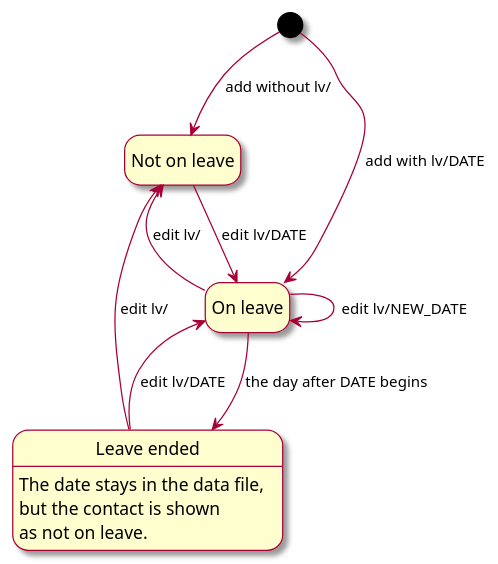
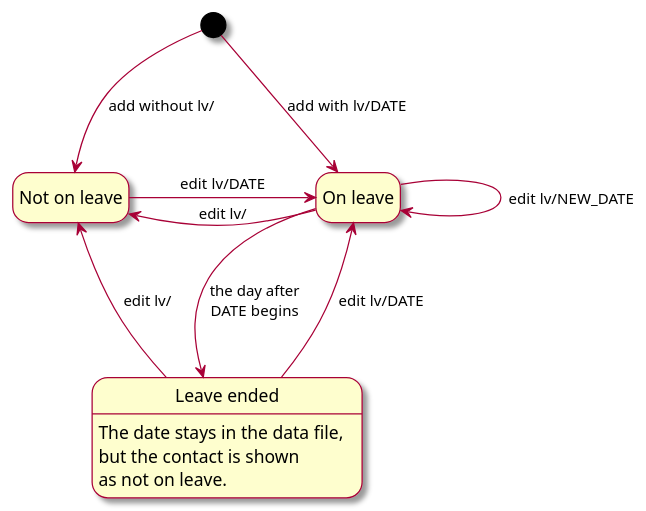
The diagram in docs/diagrams/LeaveStateDiagram.puml (AY2627S1-CS2103T-W12-3/tp), drawn with PlantUML before and after one commit. The commit also changed 5 other files, not shown here.

Commit message:
Fix UML diagrams

```diff
--- a/docs/diagrams/LeaveStateDiagram.puml
+++ b/docs/diagrams/LeaveStateDiagram.puml
@@ -1,22 +1,24 @@
 @startuml
 skin rose
 skinparam ArrowFontSize 12
+skinparam nodesep 80
+skinparam ranksep 90
 hide empty description
 
 state "Not on leave" as NotOnLeave
 state "On leave" as OnLeave
 state "Leave ended" as Ended
 Ended : The date stays in the data file,
 Ended : but the contact is shown
 Ended : as not on leave.
 
-[*] --> NotOnLeave : add without lv/
-[*] --> OnLeave : add with lv/DATE
+[*] -down-> NotOnLeave : add without lv/
+[*] -right-> OnLeave : add with lv/DATE
 
-NotOnLeave --> OnLeave : edit lv/DATE
-OnLeave --> OnLeave : edit lv/NEW_DATE
-OnLeave --> Ended : the day after DATE begins
-OnLeave --> NotOnLeave : edit lv/
-Ended --> OnLeave : edit lv/DATE
-Ended --> NotOnLeave : edit lv/
+NotOnLeave -right-> OnLeave : edit lv/DATE
+OnLeave -right-> OnLeave : edit lv/NEW_DATE
+OnLeave -down-> Ended : the day after\nDATE begins
+OnLeave -left-> NotOnLeave : edit lv/
+Ended -up-> OnLeave : edit lv/DATE
+Ended -left-> NotOnLeave : edit lv/
 @enduml
```
